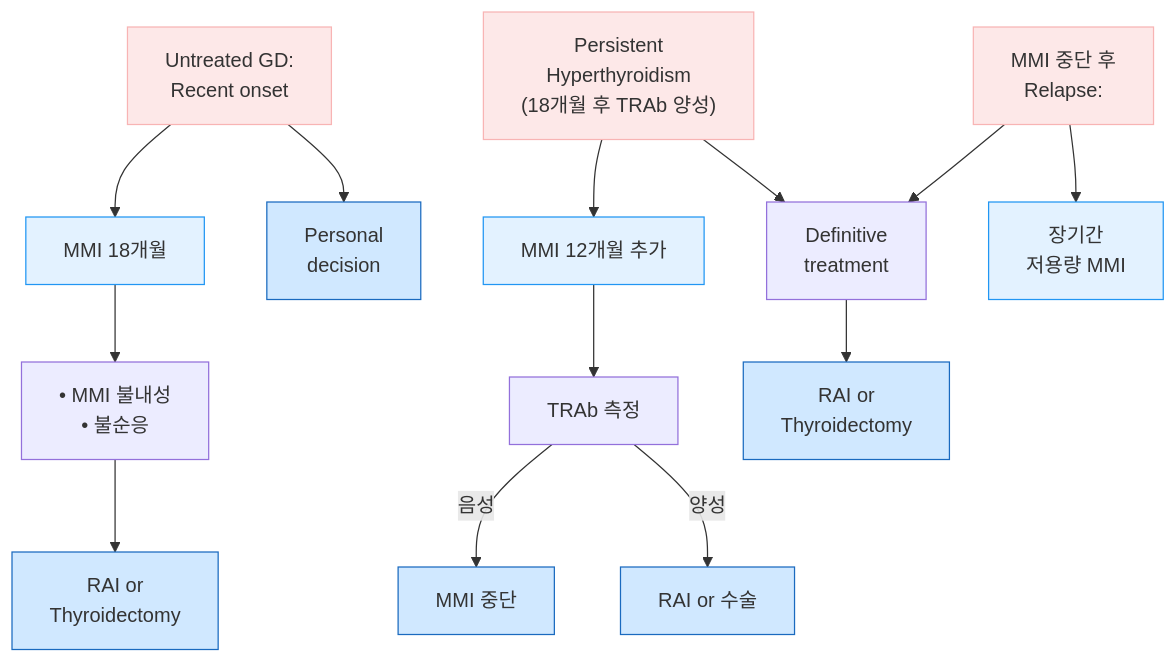
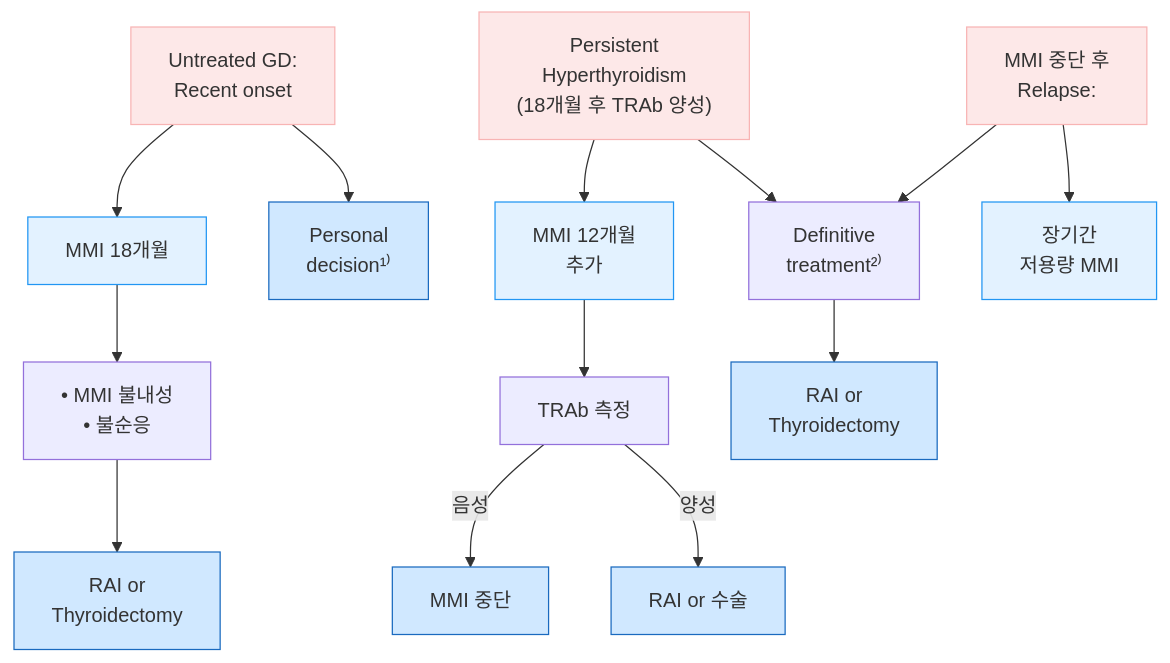
Before and after one commit to familyoh77/familyoh77: the second of 2 diagrams in 226_/106_-hyperthyroidism.md, drawn with Mermaid. The commit also changed other lines of this file, not shown here.

````diff
--- a/226_/106_-hyperthyroidism.md
+++ b/226_/106_-hyperthyroidism.md
@@ -212,28 +212,28 @@
 ```mermaid
 flowchart TD
     %% [1] Untreated GD Flow
 A2[Untreated GD:<br/>Recent onset] --> A3[MMI 18개월]
-    A2 --> A4[Personal <br/>decision]
+    A2 --> A4[Personal <br/>decision¹⁾]
     A3 --> A5["• MMI 불내성<br>• 불순응"]
     A5 --> A6[RAI or <br/>Thyroidectomy]
     %% [2] Persistent Hyperthyroidism Flow
-B2["Persistent <br/>Hyperthyroidism <br>(18개월 후 TRAb 양성)"] -->B3[MMI 12개월 추가]
-    B2 -->BC_Def[Definitive <br/>treatment]
+B2["Persistent <br/>Hyperthyroidism <br>(18개월 후 TRAb 양성)"] -->B3[MMI 12개월<br/> 추가]
+    B2 -->BC_Def[Definitive <br/>treatment²⁾]
     B3 --> B4[TRAb 측정]
     B4 -->|음성| B5[MMI 중단]
     B4 -->|양성| B6[RAI or 수술]
     %% [3] Relapse Flow
 C2[MMI 중단 후<br/>Relapse:] -->BC_Def
     C2 -->C3[장기간 <br/>저용량 MMI]
     %% Shared Output
     BC_Def --> BC_Out[RAI or <br/>Thyroidectomy]
 
     %% Style Definitions
 classDef pink fill:#FDE8E8,stroke:#F8B4B4,stroke-width:1px;
     class A2,B2,C2 pink
 classDef sky fill:#e3f2ff,stroke:#2196f3
     class A3,B3,C3 sky
 classDef blue fill:#d0e8ff,stroke:#1a6abf
-    class A4,A6,B5,B6,BC_Out, blue
+    class A4,A6,B5,B6,BC_Out blue
 
 ```
````
